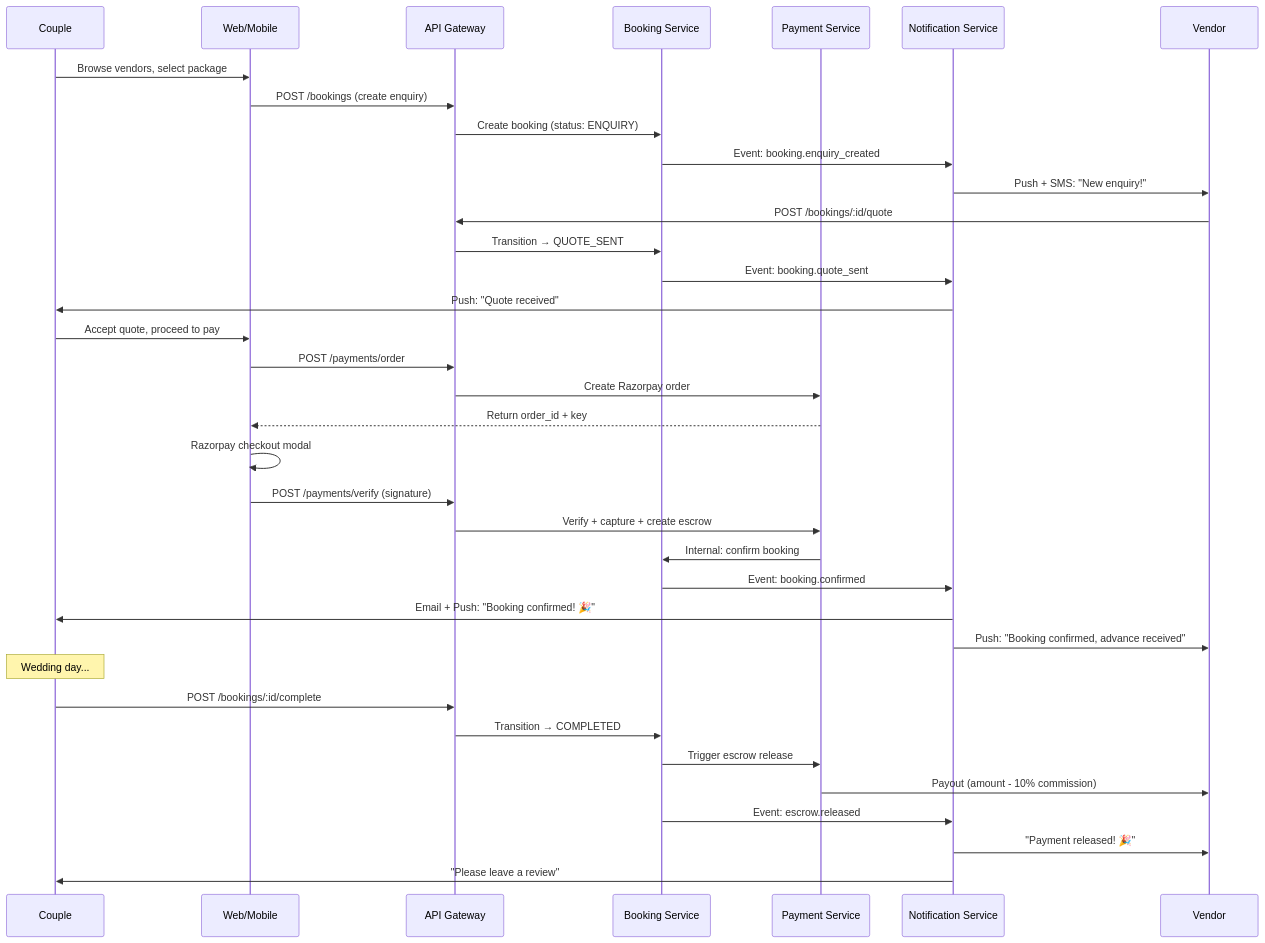
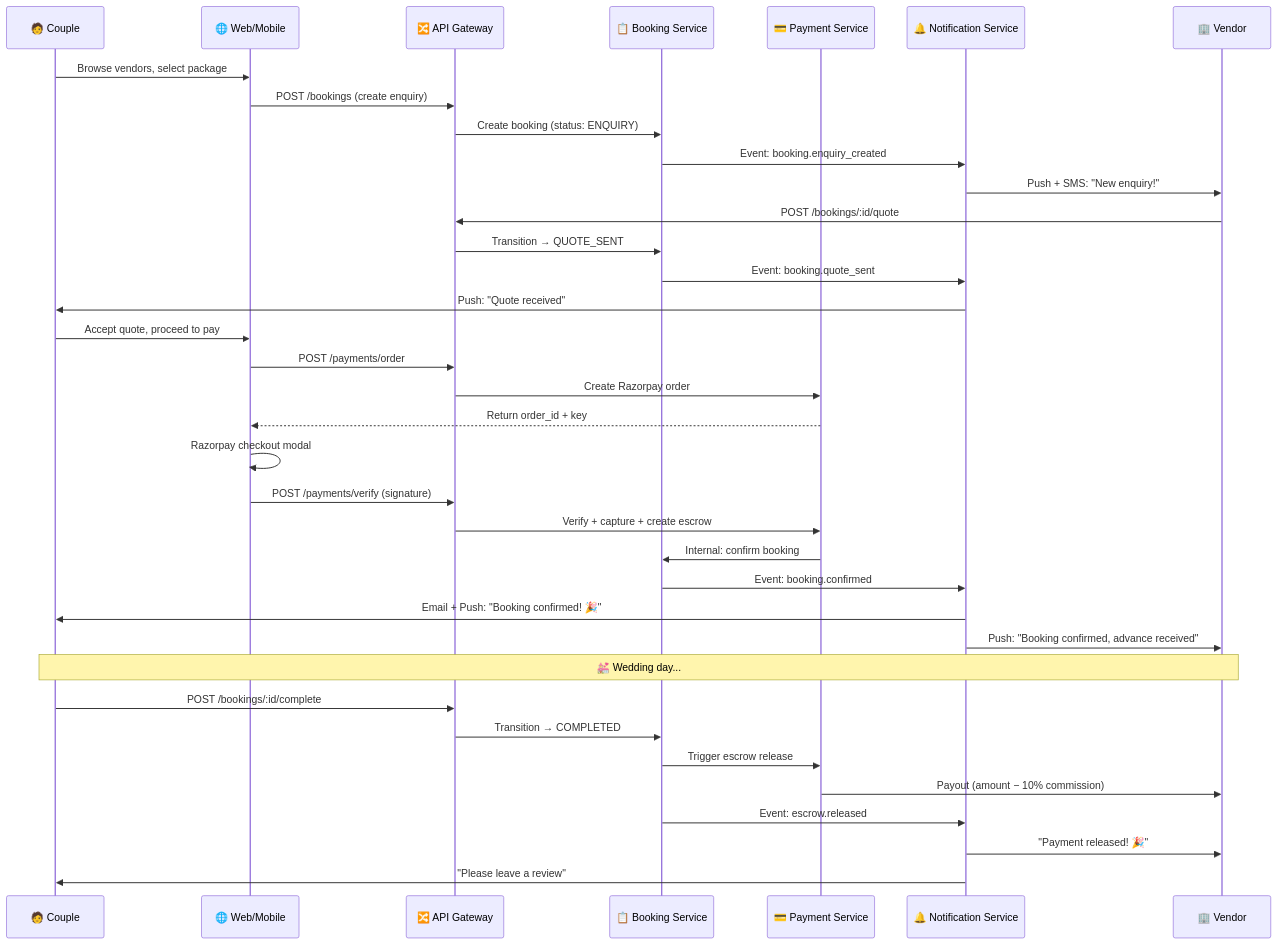
One commit to harib8000/wed changed the fifth of 29 diagrams in README.md. Above: the diagram before and after it, drawn with Mermaid. The commit also changed other lines of this file and 1 other file, not shown here.

````diff
--- a/README.md
+++ b/README.md
@@ -210,44 +355,44 @@
 ```mermaid
 sequenceDiagram
-  participant C as Couple
-  participant W as Web/Mobile
-  participant API as API Gateway
-  participant BS as Booking Service
-  participant PS as Payment Service
-  participant NS as Notification Service
-  participant V as Vendor
+    participant C as 🧑 Couple
+    participant W as 🌐 Web/Mobile
+    participant API as 🔀 API Gateway
+    participant BS as 📋 Booking Service
+    participant PS as 💳 Payment Service
+    participant NS as 🔔 Notification Service
+    participant V as 🏢 Vendor
 
-  C->>W: Browse vendors, select package
-  W->>API: POST /bookings (create enquiry)
-  API->>BS: Create booking (status: ENQUIRY)
-  BS->>NS: Event: booking.enquiry_created
-  NS->>V: Push + SMS: "New enquiry!"
+    C->>W: Browse vendors, select package
+    W->>API: POST /bookings (create enquiry)
+    API->>BS: Create booking (status: ENQUIRY)
+    BS->>NS: Event: booking.enquiry_created
+    NS->>V: Push + SMS: "New enquiry!"
 
-  V->>API: POST /bookings/:id/quote
-  API->>BS: Transition → QUOTE_SENT
-  BS->>NS: Event: booking.quote_sent
-  NS->>C: Push: "Quote received"
+    V->>API: POST /bookings/:id/quote
+    API->>BS: Transition → QUOTE_SENT
+    BS->>NS: Event: booking.quote_sent
+    NS->>C: Push: "Quote received"
 
-  C->>W: Accept quote, proceed to pay
-  W->>API: POST /payments/order
-  API->>PS: Create Razorpay order
-  PS-->>W: Return order_id + key
+    C->>W: Accept quote, proceed to pay
+    W->>API: POST /payments/order
+    API->>PS: Create Razorpay order
+    PS-->>W: Return order_id + key
 
-  W->>W: Razorpay checkout modal
-  W->>API: POST /payments/verify (signature)
-  API->>PS: Verify + capture + create escrow
-  PS->>BS: Internal: confirm booking
-  BS->>NS: Event: booking.confirmed
-  NS->>C: Email + Push: "Booking confirmed! 🎉"
-  NS->>V: Push: "Booking confirmed, advance received"
+    W->>W: Razorpay checkout modal
+    W->>API: POST /payments/verify (signature)
+    API->>PS: Verify + capture + create escrow
+    PS->>BS: Internal: confirm booking
+    BS->>NS: Event: booking.confirmed
+    NS->>C: Email + Push: "Booking confirmed! 🎉"
+    NS->>V: Push: "Booking confirmed, advance received"
 
-  Note over C: Wedding day...
+    Note over C,V: 💒 Wedding day...
 
-  C->>API: POST /bookings/:id/complete
-  API->>BS: Transition → COMPLETED
-  BS->>PS: Trigger escrow release
-  PS->>V: Payout (amount - 10% commission)
-  BS->>NS: Event: escrow.released
-  NS->>V: "Payment released! 🎉"
-  NS->>C: "Please leave a review"
+    C->>API: POST /bookings/:id/complete
+    API->>BS: Transition → COMPLETED
+    BS->>PS: Trigger escrow release
+    PS->>V: Payout (amount − 10% commission)
+    BS->>NS: Event: escrow.released
+    NS->>V: "Payment released! 🎉"
+    NS->>C: "Please leave a review"
 ```
````
